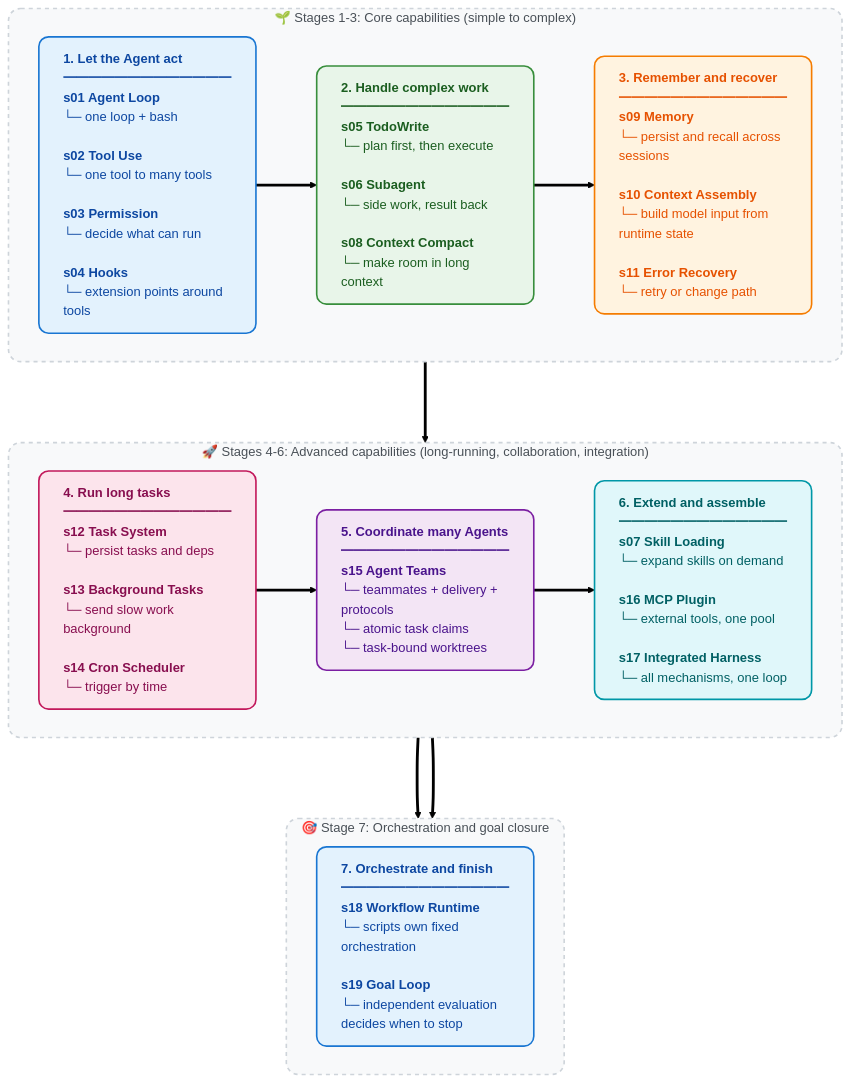
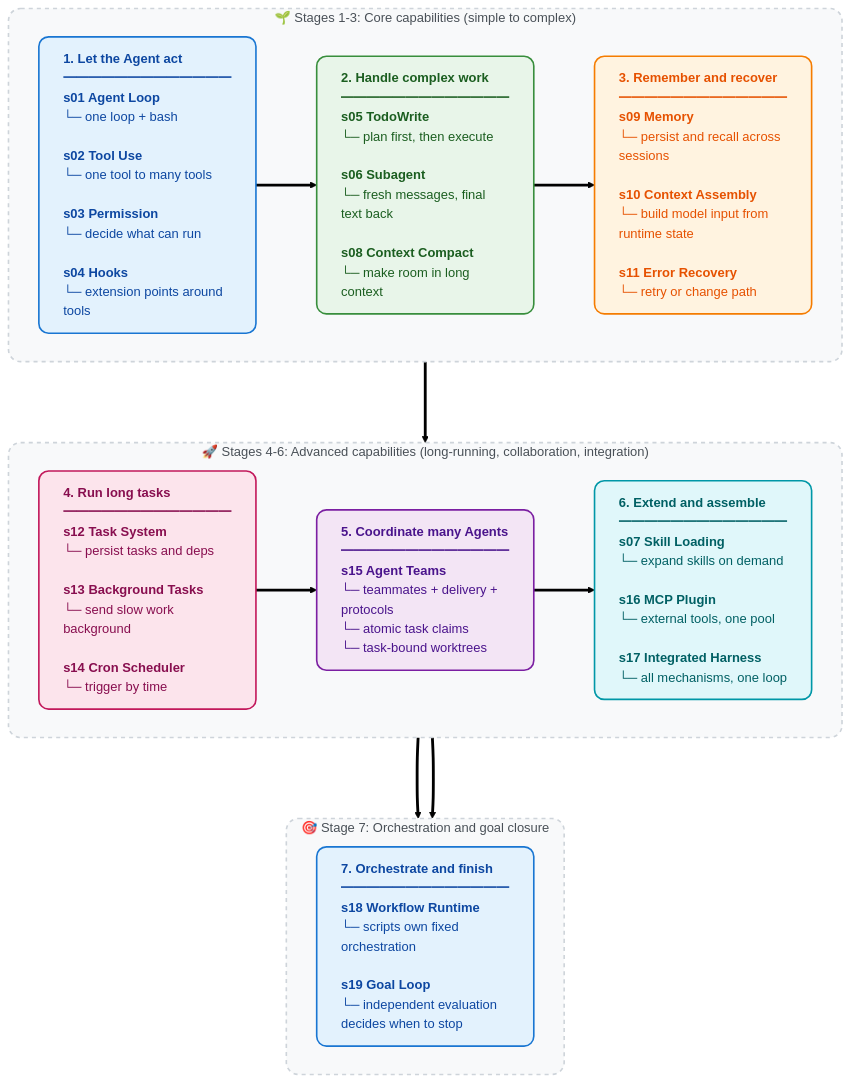
One commit to snake-fan/learn-claude-code changed the diagram in README.md. Above: the diagram before and after it, drawn with Mermaid (forest theme). The commit also changed other lines of this file and 82 other files, not shown here.

````diff
--- a/README.md
+++ b/README.md
@@ -251,49 +251,49 @@
 ```mermaid
 flowchart TD
     %% Card styles
     classDef stage1 fill:#E3F2FD,stroke:#1976D2,stroke-width:2px,color:#0D47A1,rx:12,ry:12,text-align:left
     classDef stage2 fill:#E8F5E9,stroke:#388E3C,stroke-width:2px,color:#1B5E20,rx:12,ry:12,text-align:left
     classDef stage3 fill:#FFF3E0,stroke:#F57C00,stroke-width:2px,color:#E65100,rx:12,ry:12,text-align:left
     classDef stage4 fill:#FCE4EC,stroke:#C2185b,stroke-width:2px,color:#880E4F,rx:12,ry:12,text-align:left
     classDef stage5 fill:#F3E5F5,stroke:#7B1FA2,stroke-width:2px,color:#4A148C,rx:12,ry:12,text-align:left
     classDef stage6 fill:#E0F7FA,stroke:#0097A7,stroke-width:2px,color:#006064,rx:12,ry:12,text-align:left
 
     %% Group style
     classDef groupBox fill:#F8F9FA,stroke:#CED4DA,stroke-width:2px,stroke-dasharray: 5 5,rx:15,ry:15,color:#495057
 
     %% Layer 1: stages 1-3
     subgraph Phase1 ["🌱 Stages 1-3: Core capabilities (simple to complex)"]
         direction LR
         S1["<b>1. Let the Agent act</b><br/>━━━━━━━━━━━━━<br/><b>s01 Agent Loop</b><br/>└─ one loop + bash<br/><br/><b>s02 Tool Use</b><br/>└─ one tool to many tools<br/><br/><b>s03 Permission</b><br/>└─ decide what can run<br/><br/><b>s04 Hooks</b><br/>└─ extension points around tools"]:::stage1
 
-        S2["<b>2. Handle complex work</b><br/>━━━━━━━━━━━━━<br/><b>s05 TodoWrite</b><br/>└─ plan first, then execute<br/><br/><b>s06 Subagent</b><br/>└─ side work, result back<br/><br/><b>s08 Context Compact</b><br/>└─ make room in long context"]:::stage2
+        S2["<b>2. Handle complex work</b><br/>━━━━━━━━━━━━━<br/><b>s05 TodoWrite</b><br/>└─ plan first, then execute<br/><br/><b>s06 Subagent</b><br/>└─ fresh messages, final text back<br/><br/><b>s08 Context Compact</b><br/>└─ make room in long context"]:::stage2
 
         S3["<b>3. Remember and recover</b><br/>━━━━━━━━━━━━━<br/><b>s09 Memory</b><br/>└─ persist and recall across sessions<br/><br/><b>s10 Context Assembly</b><br/>└─ build model input from runtime state<br/><br/><b>s11 Error Recovery</b><br/>└─ retry or change path"]:::stage3
 
         S1 ==> S2 ==> S3
     end
 
     %% Layer 2: stages 4-6
     subgraph Phase2 ["🚀 Stages 4-6: Advanced capabilities (long-running, collaboration, integration)"]
         direction LR
         S4["<b>4. Run long tasks</b><br/>━━━━━━━━━━━━━<br/><b>s12 Task System</b><br/>└─ persist tasks and deps<br/><br/><b>s13 Background Tasks</b><br/>└─ send slow work background<br/><br/><b>s14 Cron Scheduler</b><br/>└─ trigger by time"]:::stage4
 
         S5["<b>5. Coordinate many Agents</b><br/>━━━━━━━━━━━━━<br/><b>s15 Agent Teams</b><br/>└─ teammates + delivery + protocols<br/>└─ atomic task claims<br/>└─ task-bound worktrees"]:::stage5
 
         S6["<b>6. Extend and assemble</b><br/>━━━━━━━━━━━━━<br/><b>s07 Skill Loading</b><br/>└─ expand skills on demand<br/><br/><b>s16 MCP Plugin</b><br/>└─ external tools, one pool<br/><br/><b>s17 Integrated Harness</b><br/>└─ all mechanisms, one loop"]:::stage6
 
         S4 ==> S5 ==> S6
     end
 
     %% Layer 3: orchestration and goal closure
     subgraph Phase3 ["🎯 Stage 7: Orchestration and goal closure"]
         direction LR
         S7["<b>7. Orchestrate and finish</b><br/>━━━━━━━━━━━━━<br/><b>s18 Workflow Runtime</b><br/>└─ scripts own fixed orchestration<br/><br/><b>s19 Goal Loop</b><br/>└─ independent evaluation decides when to stop"]:::stage1
         S6 ==> S7
     end
 
     %% Connect the three layers
     Phase1 ===> Phase2 ===> Phase3
 
     class Phase1,Phase2,Phase3 groupBox
 ```
````
